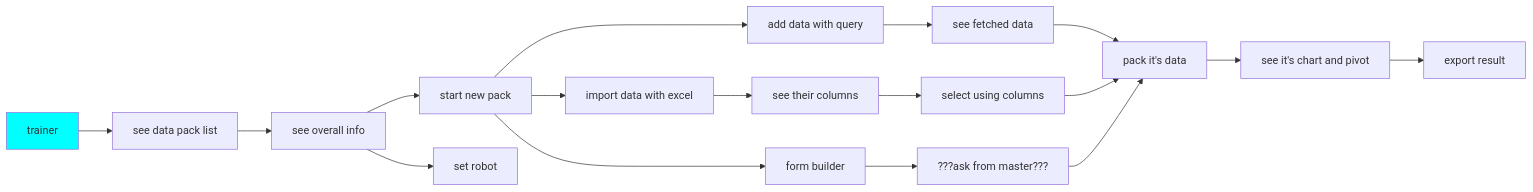
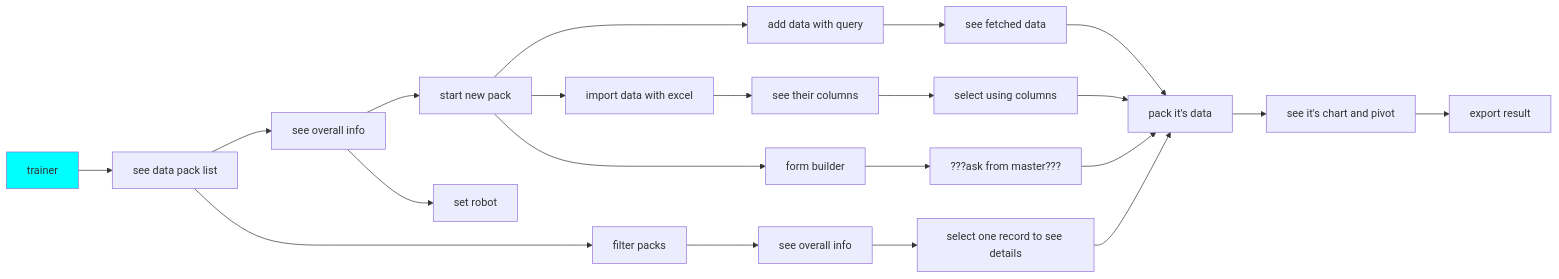
Before and after one commit to imiiii/Wiki-For-ML-Project: the fourth of 4 diagrams in Test/SubPage.md, drawn with Mermaid.

Commit message:
Updated SubPage

```diff
--- a/Test/SubPage.md
+++ b/Test/SubPage.md
@@ -64,9 +64,11 @@
 ::: mermaid
  graph LR;
 style xd1 fill:#00FFFF
 
 xd1[trainer] --> xd2[see data pack list] --> xd3[see overall info] --> xd4[start new pack] --> xd6[add data with query] --> xd7[see fetched data] --> xd8[pack it's data] --> xd9[see it's chart and pivot] --> xd10[export result]
 xd3--> xd5[set robot]
 xd4 --> xd11[import data with excel] --> xd12[see their columns] --> xd13[select using columns] --> xd8
 xd4 --> xd14[form builder]--> xd15[???ask from master???] --> xd8
+
+xd2 --> xd16[filter packs] --> xd17[see overall info] --> xd18[select one record to see details] --> xd8
 :::
```
